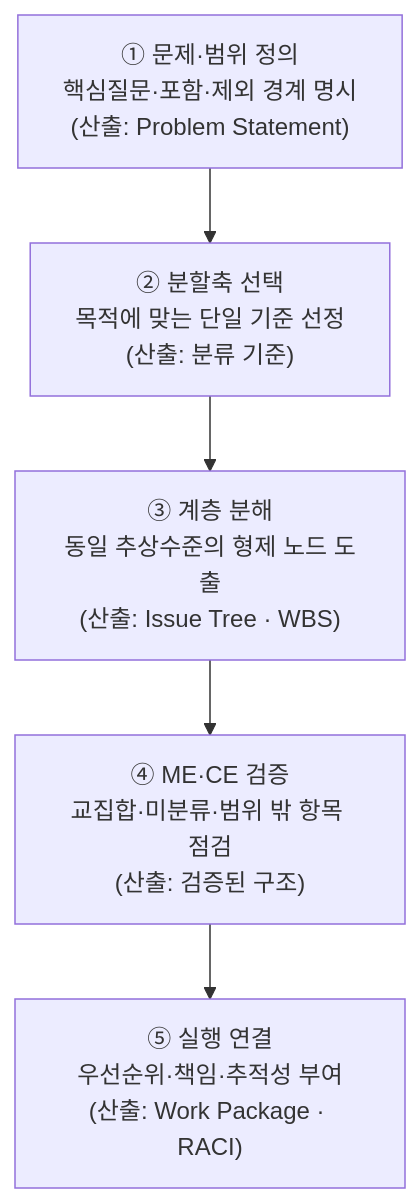
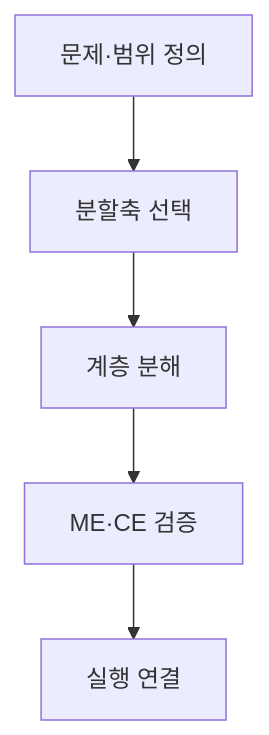
Before and after one commit to agnusdei1207/study: the third of 4 diagrams in src/content/docs/notes/itpe/01-it-strategy/045_mece.md, drawn with Mermaid. The commit also changed other lines of this file and 19 other files, not shown here.

````diff
--- a/src/content/docs/notes/itpe/01-it-strategy/045_mece.md
+++ b/src/content/docs/notes/itpe/01-it-strategy/045_mece.md
@@ -108,10 +99,7 @@
 ```mermaid
 flowchart TD
-    S1["① 문제·범위 정의<br/>핵심질문·포함·제외 경계 명시<br/>(산출: Problem Statement)"]
-    S2["② 분할축 선택<br/>목적에 맞는 단일 기준 선정<br/>(산출: 분류 기준)"]
-    S3["③ 계층 분해<br/>동일 추상수준의 형제 노드 도출<br/>(산출: Issue Tree · WBS)"]
-    S4["④ ME·CE 검증<br/>교집합·미분류·범위 밖 항목 점검<br/>(산출: 검증된 구조)"]
-    S5["⑤ 실행 연결<br/>우선순위·책임·추적성 부여<br/>(산출: Work Package · RACI)"]
-
-    S1 --> S2 --> S3 --> S4 --> S5
+    S1["문제·범위 정의"] --> S2["분할축 선택"]
+    S2 --> S3["계층 분해"]
+    S3 --> S4["ME·CE 검증"]
+    S4 --> S5["실행 연결"]
 ```
````
